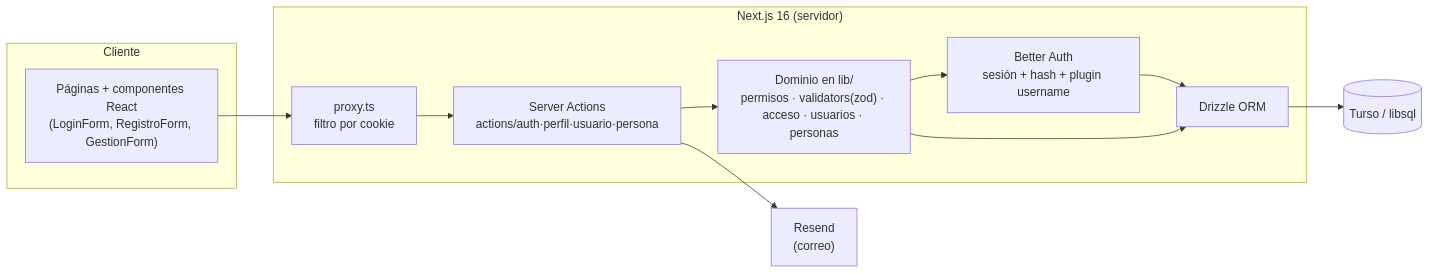
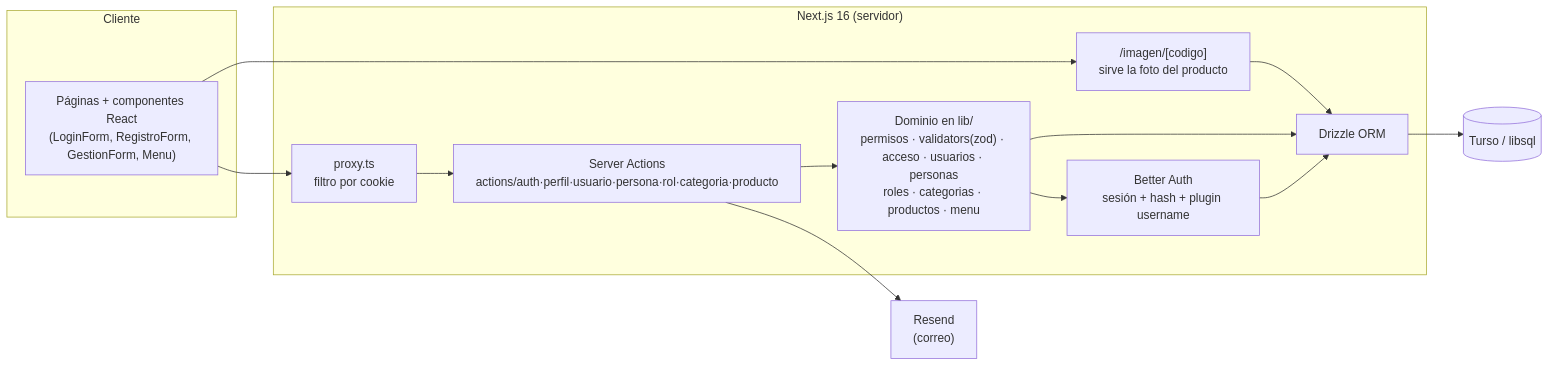
The first of 4 diagrams in docs/arquitectura.md (Voltaire405/medialuna_picur), drawn with Mermaid before and after one commit. The commit also changed other lines of this file and 1 other file, not shown here.

Commit message:
docs: describir el modelo y las gestiones del Parcial II

````diff
--- a/docs/arquitectura.md
+++ b/docs/arquitectura.md
@@ -9,21 +13,23 @@
 ```mermaid
 flowchart LR
   subgraph Cliente
-    UI["Páginas + componentes React<br/>(LoginForm, RegistroForm, GestionForm)"]
+    UI["Páginas + componentes React<br/>(LoginForm, RegistroForm, GestionForm, Menu)"]
   end
   subgraph Servidor["Next.js 16 (servidor)"]
     PX["proxy.ts<br/>filtro por cookie"]
-    SA["Server Actions<br/>actions/auth·perfil·usuario·persona"]
-    DOM["Dominio en lib/<br/>permisos · validators(zod) · acceso · usuarios · personas"]
+    SA["Server Actions<br/>actions/auth·perfil·usuario·persona·rol·categoria·producto"]
+    DOM["Dominio en lib/<br/>permisos · validators(zod) · acceso · usuarios · personas<br/>roles · categorias · productos · menu"]
     BA["Better Auth<br/>sesión + hash + plugin username"]
     ORM["Drizzle ORM"]
+    IMG["/imagen/[codigo]<br/>sirve la foto del producto"]
   end
   DB[("Turso / libsql")]
   MAIL["Resend<br/>(correo)"]
 
   UI --> PX --> SA
   SA --> DOM
   DOM --> BA --> ORM
   DOM --> ORM --> DB
+  UI --> IMG --> ORM
   SA --> MAIL
 ```
````
